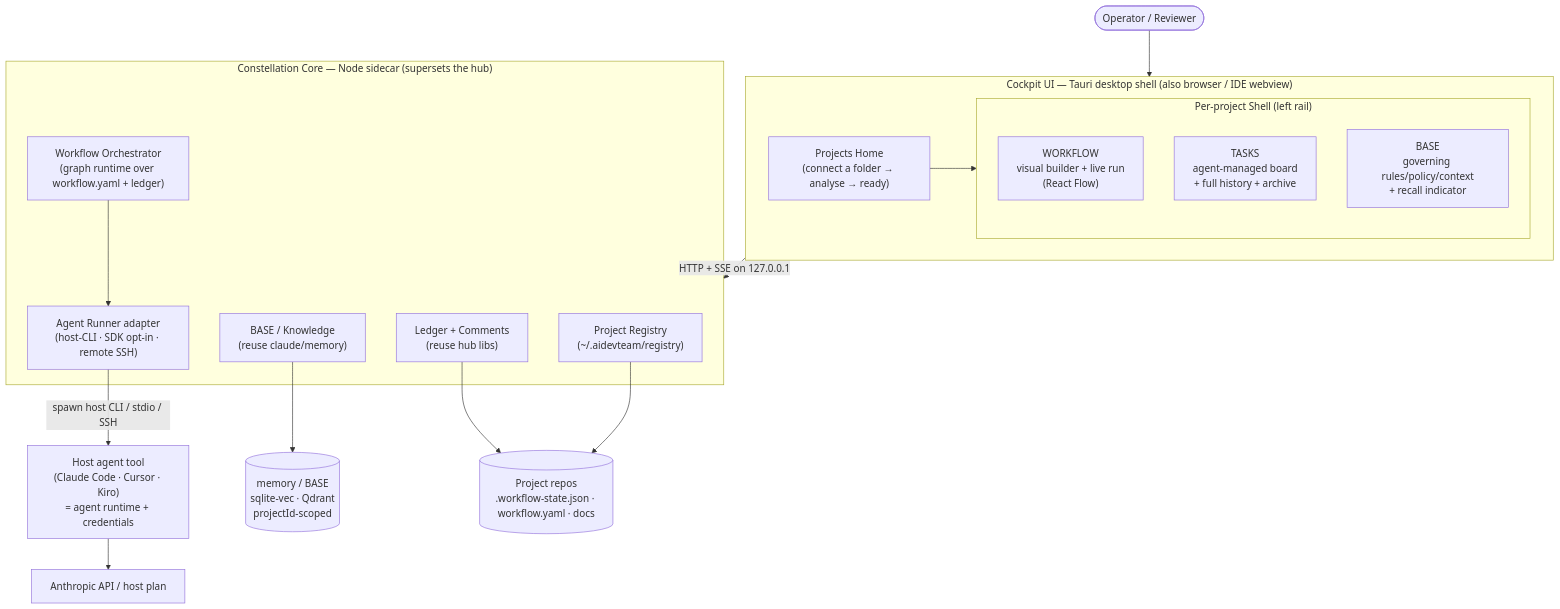
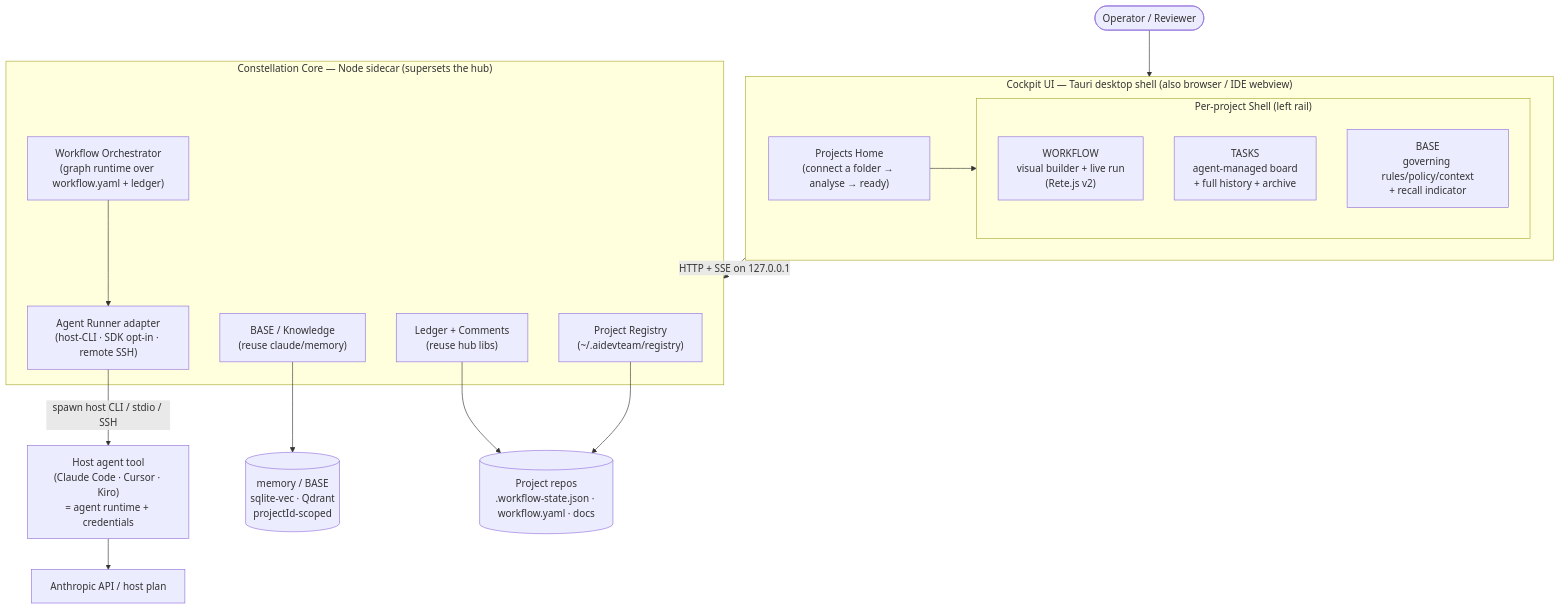
The diagram in docs/product-vision/VISION.md (olehsvyrydov/AI-development-team), drawn with Mermaid before and after one commit. The commit also changed other lines of this file and 2 other files, not shown here.

First line of the commit message:
docs(vision): set frontend stack to Angular 21 + Rete.js; record owner decisions

````diff
--- a/docs/product-vision/VISION.md
+++ b/docs/product-vision/VISION.md
@@ -69,36 +69,36 @@
 ```mermaid
 flowchart TB
   user([Operator / Reviewer])
 
   subgraph Cockpit["Cockpit UI — Tauri desktop shell (also browser / IDE webview)"]
     home["Projects Home<br/>(connect a folder → analyse → ready)"]
     subgraph shell["Per-project Shell (left rail)"]
-      wf["WORKFLOW<br/>visual builder + live run<br/>(React Flow)"]
+      wf["WORKFLOW<br/>visual builder + live run<br/>(Rete.js v2)"]
       tk["TASKS<br/>agent-managed board<br/>+ full history + archive"]
       ba["BASE<br/>governing rules/policy/context<br/>+ recall indicator"]
     end
     home --> shell
   end
 
   subgraph core["Constellation Core — Node sidecar (supersets the hub)"]
     reg["Project Registry<br/>(~/.aidevteam/registry)"]
     orch["Workflow Orchestrator<br/>(graph runtime over workflow.yaml + ledger)"]
     runner["Agent Runner adapter<br/>(host-CLI · SDK opt-in · remote SSH)"]
     ledger["Ledger + Comments<br/>(reuse hub libs)"]
     base["BASE / Knowledge<br/>(reuse claude/memory)"]
   end
 
   host["Host agent tool<br/>(Claude Code · Cursor · Kiro)<br/>= agent runtime + credentials"]
   llm["Anthropic API / host plan"]
   mem[("memory / BASE<br/>sqlite-vec · Qdrant<br/>projectId-scoped")]
   proj[("Project repos<br/>.workflow-state.json · workflow.yaml · docs")]
 
   user --> Cockpit
   Cockpit -->|HTTP + SSE on 127.0.0.1| core
   orch --> runner
   runner -->|spawn host CLI / stdio / SSH| host
   host --> llm
   ledger --> proj
   base --> mem
   reg --> proj
 ```
````
